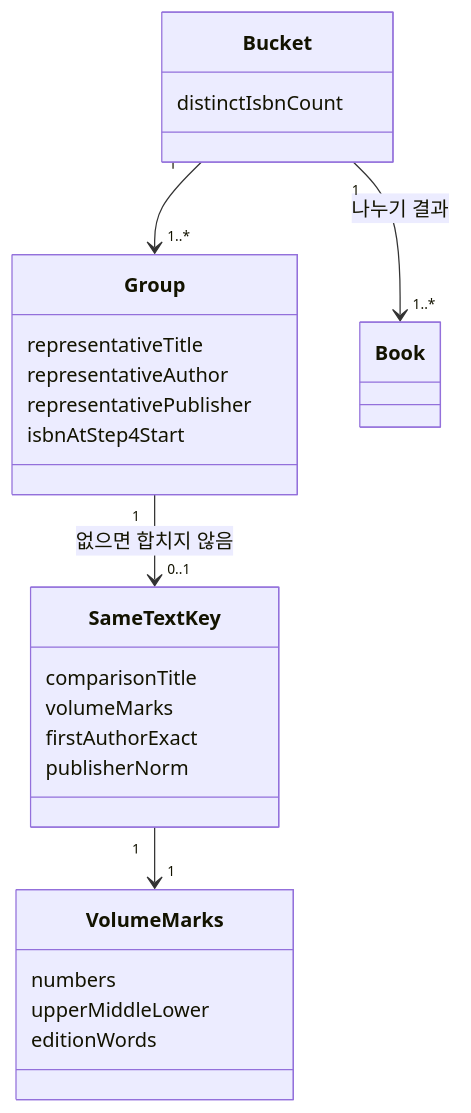
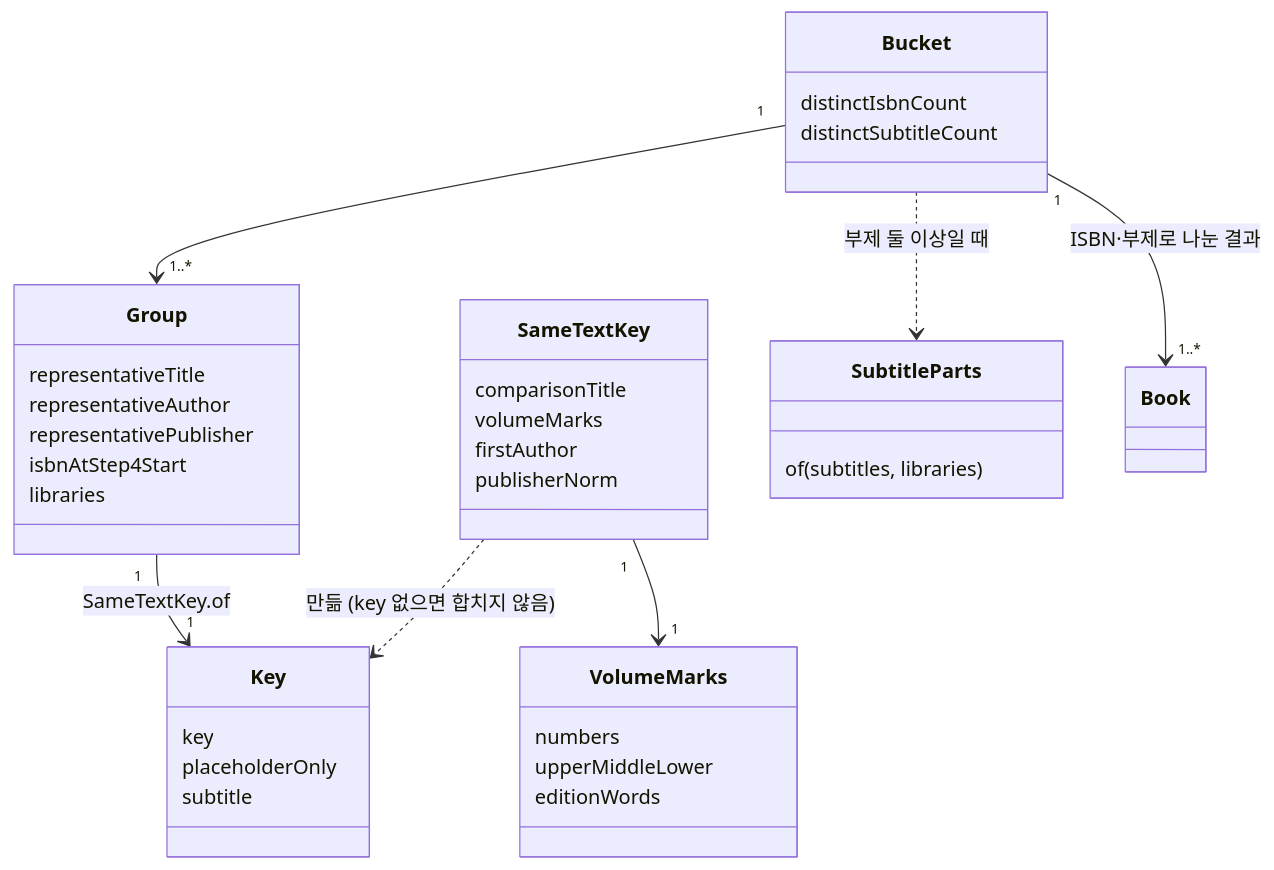
Before and after one commit to hodu-sketch/chaekcheck-plan: diagram 11 of 11 in docs/current/module-map.md, drawn with Mermaid. The commit also changed other lines of this file and 8 other files, not shown here.

````diff
--- a/docs/current/module-map.md
+++ b/docs/current/module-map.md
@@ -627,28 +642,40 @@
 ```mermaid
 classDiagram
   class Group {
     representativeTitle
     representativeAuthor
     representativePublisher
     isbnAtStep4Start
+    libraries
+  }
+  class Key {
+    key
+    placeholderOnly
+    subtitle
   }
   class SameTextKey {
     comparisonTitle
     volumeMarks
-    firstAuthorExact
+    firstAuthor
     publisherNorm
   }
   class VolumeMarks {
     numbers
     upperMiddleLower
     editionWords
   }
   class Bucket {
     distinctIsbnCount
+    distinctSubtitleCount
+  }
+  class SubtitleParts {
+    of(subtitles, libraries)
   }
   class Book
-  Group "1" --> "0..1" SameTextKey : 없으면 합치지 않음
+  Group "1" --> "1" Key : SameTextKey.of
+  SameTextKey ..> Key : 만듦 (key 없으면 합치지 않음)
   SameTextKey "1" --> "1" VolumeMarks
   Bucket "1" --> "1..*" Group
-  Bucket "1" --> "1..*" Book : 나누기 결과
+  Bucket ..> SubtitleParts : 부제 둘 이상일 때
+  Bucket "1" --> "1..*" Book : ISBN·부제로 나눈 결과
 ```
````
